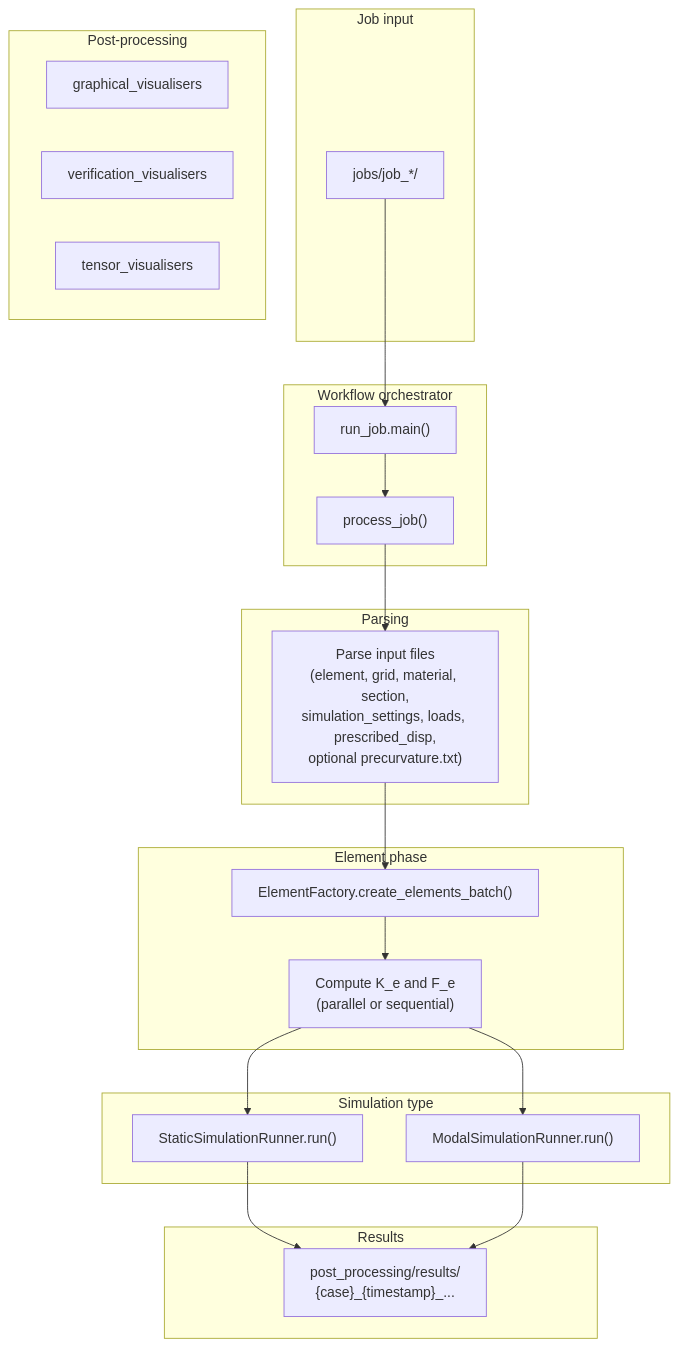
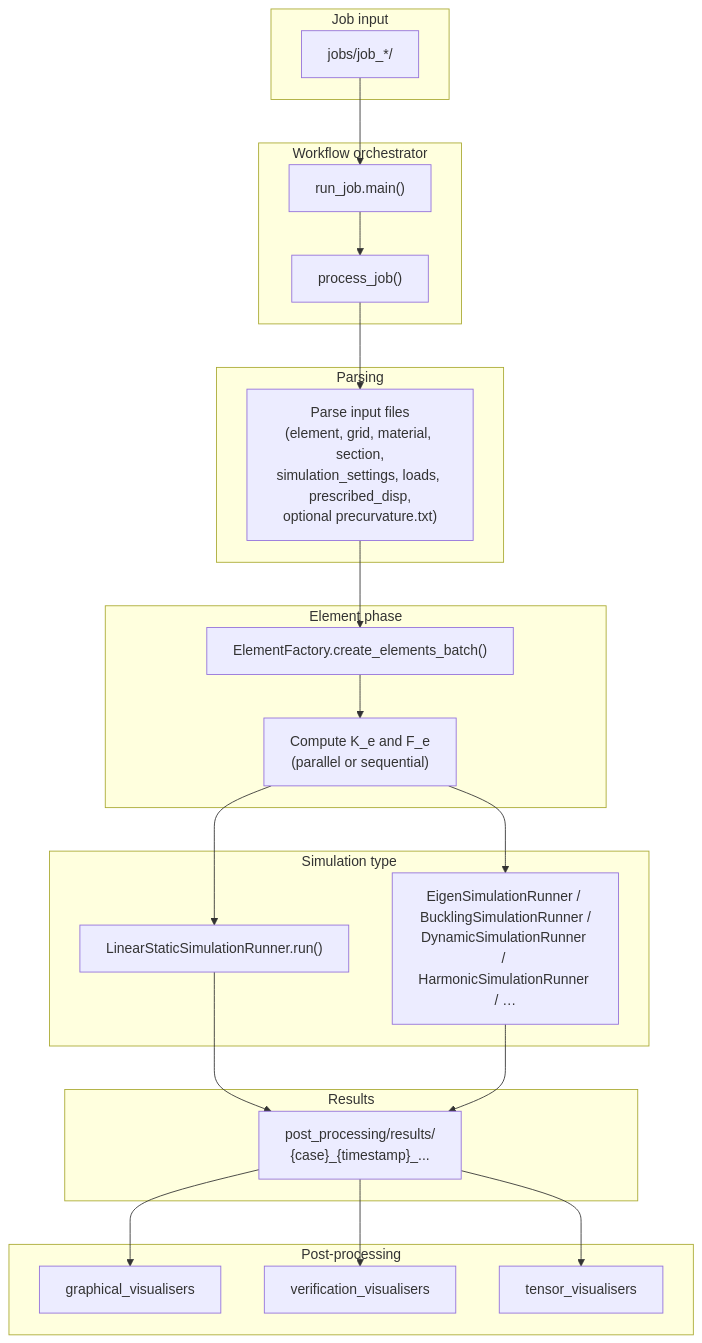
One commit to samhughes-fea/1d-fem changed the diagram in docs/diagrams/pipeline_overview.md. Above: the diagram before and after it, drawn with Mermaid. The commit also changed other lines of this file and 11 other files, not shown here.

Commit message:
refactor(static): unify linear static runner and template package cleanup

````diff
--- a/docs/diagrams/pipeline_overview.md
+++ b/docs/diagrams/pipeline_overview.md
@@ -5,45 +5,48 @@
 ```mermaid
 flowchart TB
     subgraph jobs [Job input]
         JobDirs["jobs/job_*/"]
     end
 
     subgraph orchestration [Workflow orchestrator]
         Main["run_job.main()"]
         ProcessJob["process_job()"]
     end
 
     subgraph parsing [Parsing]
         Parse["Parse input files\n(element, grid, material, section,\nsimulation_settings, loads, prescribed_disp,\noptional precurvature.txt)"]
     end
 
     subgraph elements [Element phase]
         Factory["ElementFactory.create_elements_batch()"]
         KFe["Compute K_e and F_e\n(parallel or sequential)"]
     end
 
     subgraph runner [Simulation type]
-        Static["StaticSimulationRunner.run()"]
-        Modal["ModalSimulationRunner.run()"]
+        Static["LinearStaticSimulationRunner.run()"]
+        NonModal["EigenSimulationRunner / BucklingSimulationRunner /\nDynamicSimulationRunner / HarmonicSimulationRunner / …"]
     end
 
     subgraph results [Results]
         ResultDir["post_processing/results/\n{case}_{timestamp}_..."]
     end
 
     subgraph post [Post-processing]
         Graphical["graphical_visualisers"]
         Verification["verification_visualisers"]
         Tensor["tensor_visualisers"]
     end
 
     JobDirs --> Main
     Main --> ProcessJob
     ProcessJob --> Parse
     Parse --> Factory
     Factory --> KFe
     KFe --> Static
-    KFe --> Modal
+    KFe --> NonModal
     Static --> ResultDir
-    Modal --> ResultDir
+    NonModal --> ResultDir
+    ResultDir --> Graphical
+    ResultDir --> Verification
+    ResultDir --> Tensor
 ```
````
